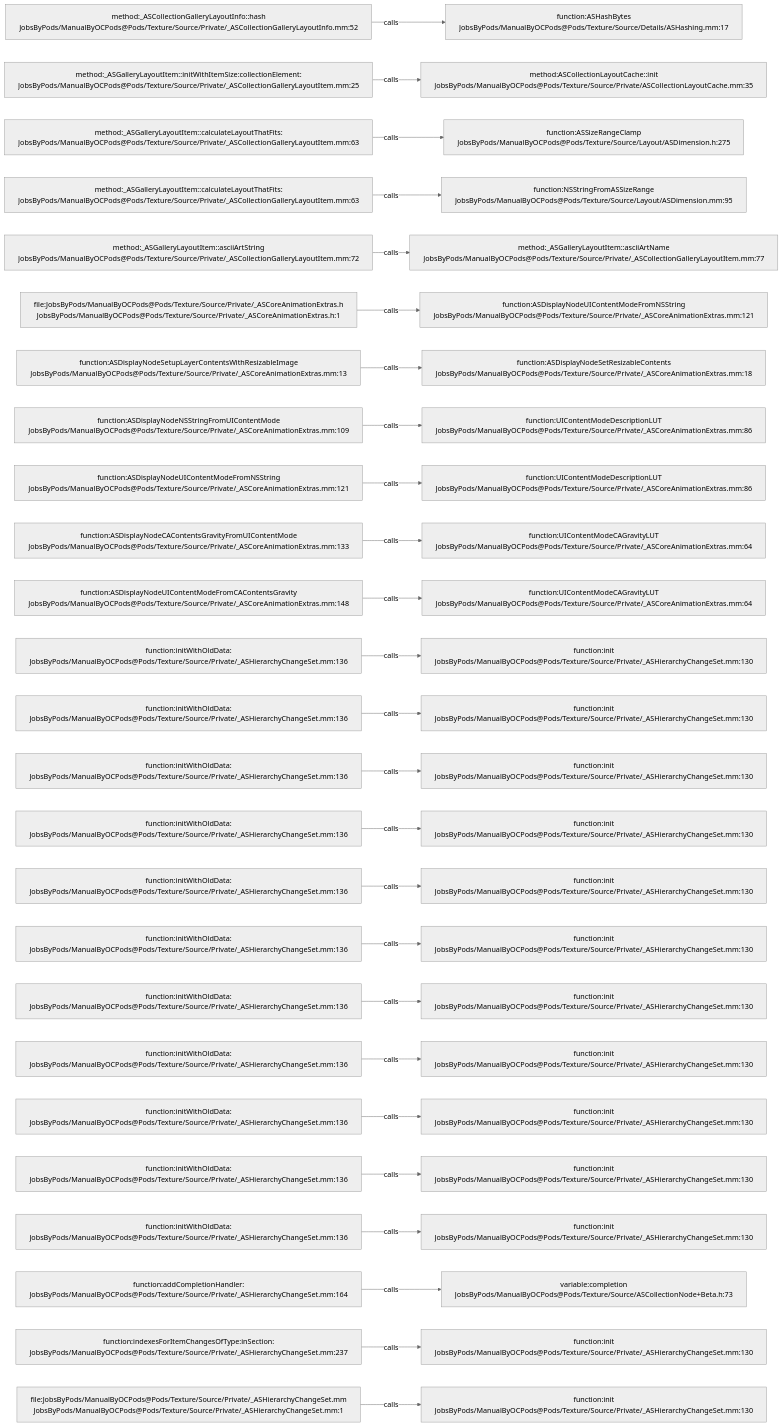
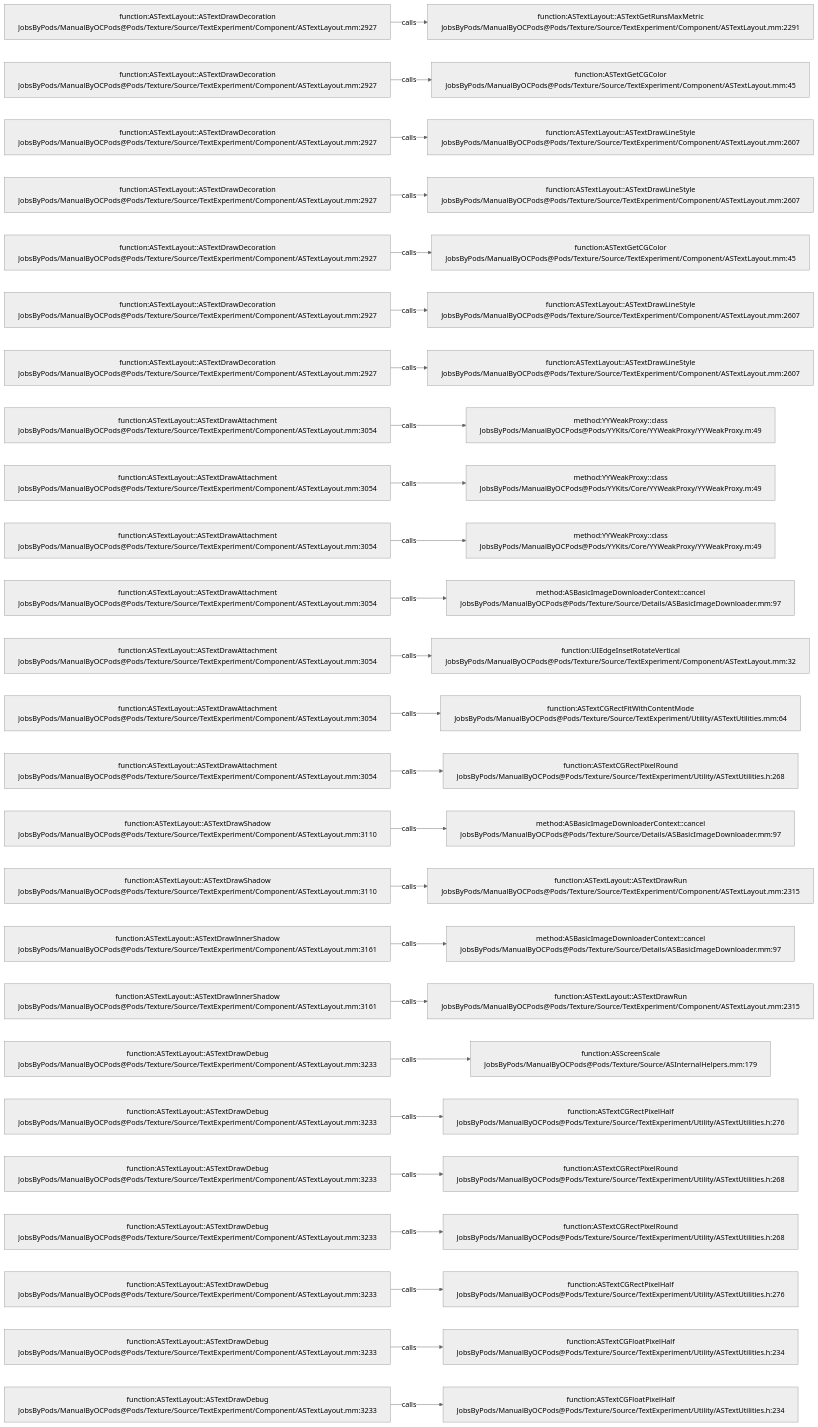
The diagram in .codegraph/codegraph.md/graphs/calls-189.md (JobsKits/JobsOCBaseConfigDemo), drawn with Mermaid (neutral theme) before and after one commit. The commit also changed 2723 other files, not shown here.

````diff
--- a/.codegraph/codegraph.md/graphs/calls-189.md
+++ b/.codegraph/codegraph.md/graphs/calls-189.md
@@ -13,78 +13,78 @@
 ```mermaid
 flowchart LR
-  S1["method:_ASCollectionGalleryLayoutInfo::hash<br/>JobsByPods/ManualByOCPods@Pods/Texture/Source/Private/_ASCollectionGalleryLayoutInfo.mm:52"]
-  T1["function:ASHashBytes<br/>JobsByPods/ManualByOCPods@Pods/Texture/Source/Details/ASHashing.mm:17"]
+  S1["function:ASTextLayout::ASTextDrawDecoration<br/>JobsByPods/ManualByOCPods@Pods/Texture/Source/TextExperiment/Component/ASTextLayout.mm:2927"]
+  T1["function:ASTextLayout::ASTextGetRunsMaxMetric<br/>JobsByPods/ManualByOCPods@Pods/Texture/Source/TextExperiment/Component/ASTextLayout.mm:2291"]
   S1 -->|calls| T1
-  S2["method:_ASGalleryLayoutItem::initWithItemSize:collectionElement:<br/>JobsByPods/ManualByOCPods@Pods/Texture/Source/Private/_ASCollectionGalleryLayoutItem.mm:25"]
-  T2["method:ASCollectionLayoutCache::init<br/>JobsByPods/ManualByOCPods@Pods/Texture/Source/Private/ASCollectionLayoutCache.mm:35"]
+  S2["function:ASTextLayout::ASTextDrawDecoration<br/>JobsByPods/ManualByOCPods@Pods/Texture/Source/TextExperiment/Component/ASTextLayout.mm:2927"]
+  T2["function:ASTextGetCGColor<br/>JobsByPods/ManualByOCPods@Pods/Texture/Source/TextExperiment/Component/ASTextLayout.mm:45"]
   S2 -->|calls| T2
-  S3["method:_ASGalleryLayoutItem::calculateLayoutThatFits:<br/>JobsByPods/ManualByOCPods@Pods/Texture/Source/Private/_ASCollectionGalleryLayoutItem.mm:63"]
-  T3["function:ASSizeRangeClamp<br/>JobsByPods/ManualByOCPods@Pods/Texture/Source/Layout/ASDimension.h:275"]
+  S3["function:ASTextLayout::ASTextDrawDecoration<br/>JobsByPods/ManualByOCPods@Pods/Texture/Source/TextExperiment/Component/ASTextLayout.mm:2927"]
+  T3["function:ASTextLayout::ASTextDrawLineStyle<br/>JobsByPods/ManualByOCPods@Pods/Texture/Source/TextExperiment/Component/ASTextLayout.mm:2607"]
   S3 -->|calls| T3
-  S4["method:_ASGalleryLayoutItem::calculateLayoutThatFits:<br/>JobsByPods/ManualByOCPods@Pods/Texture/Source/Private/_ASCollectionGalleryLayoutItem.mm:63"]
-  T4["function:NSStringFromASSizeRange<br/>JobsByPods/ManualByOCPods@Pods/Texture/Source/Layout/ASDimension.mm:95"]
+  S4["function:ASTextLayout::ASTextDrawDecoration<br/>JobsByPods/ManualByOCPods@Pods/Texture/Source/TextExperiment/Component/ASTextLayout.mm:2927"]
+  T4["function:ASTextLayout::ASTextDrawLineStyle<br/>JobsByPods/ManualByOCPods@Pods/Texture/Source/TextExperiment/Component/ASTextLayout.mm:2607"]
   S4 -->|calls| T4
-  S5["method:_ASGalleryLayoutItem::asciiArtString<br/>JobsByPods/ManualByOCPods@Pods/Texture/Source/Private/_ASCollectionGalleryLayoutItem.mm:72"]
-  T5["method:_ASGalleryLayoutItem::asciiArtName<br/>JobsByPods/ManualByOCPods@Pods/Texture/Source/Private/_ASCollectionGalleryLayoutItem.mm:77"]
+  S5["function:ASTextLayout::ASTextDrawDecoration<br/>JobsByPods/ManualByOCPods@Pods/Texture/Source/TextExperiment/Component/ASTextLayout.mm:2927"]
+  T5["function:ASTextGetCGColor<br/>JobsByPods/ManualByOCPods@Pods/Texture/Source/TextExperiment/Component/ASTextLayout.mm:45"]
   S5 -->|calls| T5
-  S6["file:JobsByPods/ManualByOCPods@Pods/Texture/Source/Private/_ASCoreAnimationExtras.h<br/>JobsByPods/ManualByOCPods@Pods/Texture/Source/Private/_ASCoreAnimationExtras.h:1"]
-  T6["function:ASDisplayNodeUIContentModeFromNSString<br/>JobsByPods/ManualByOCPods@Pods/Texture/Source/Private/_ASCoreAnimationExtras.mm:121"]
+  S6["function:ASTextLayout::ASTextDrawDecoration<br/>JobsByPods/ManualByOCPods@Pods/Texture/Source/TextExperiment/Component/ASTextLayout.mm:2927"]
+  T6["function:ASTextLayout::ASTextDrawLineStyle<br/>JobsByPods/ManualByOCPods@Pods/Texture/Source/TextExperiment/Component/ASTextLayout.mm:2607"]
   S6 -->|calls| T6
-  S7["function:ASDisplayNodeSetupLayerContentsWithResizableImage<br/>JobsByPods/ManualByOCPods@Pods/Texture/Source/Private/_ASCoreAnimationExtras.mm:13"]
-  T7["function:ASDisplayNodeSetResizableContents<br/>JobsByPods/ManualByOCPods@Pods/Texture/Source/Private/_ASCoreAnimationExtras.mm:18"]
+  S7["function:ASTextLayout::ASTextDrawDecoration<br/>JobsByPods/ManualByOCPods@Pods/Texture/Source/TextExperiment/Component/ASTextLayout.mm:2927"]
+  T7["function:ASTextLayout::ASTextDrawLineStyle<br/>JobsByPods/ManualByOCPods@Pods/Texture/Source/TextExperiment/Component/ASTextLayout.mm:2607"]
   S7 -->|calls| T7
-  S8["function:ASDisplayNodeNSStringFromUIContentMode<br/>JobsByPods/ManualByOCPods@Pods/Texture/Source/Private/_ASCoreAnimationExtras.mm:109"]
-  T8["function:UIContentModeDescriptionLUT<br/>JobsByPods/ManualByOCPods@Pods/Texture/Source/Private/_ASCoreAnimationExtras.mm:86"]
+  S8["function:ASTextLayout::ASTextDrawAttachment<br/>JobsByPods/ManualByOCPods@Pods/Texture/Source/TextExperiment/Component/ASTextLayout.mm:3054"]
+  T8["method:YYWeakProxy::class<br/>JobsByPods/ManualByOCPods@Pods/YYKits/Core/YYWeakProxy/YYWeakProxy.m:49"]
   S8 -->|calls| T8
-  S9["function:ASDisplayNodeUIContentModeFromNSString<br/>JobsByPods/ManualByOCPods@Pods/Texture/Source/Private/_ASCoreAnimationExtras.mm:121"]
-  T9["function:UIContentModeDescriptionLUT<br/>JobsByPods/ManualByOCPods@Pods/Texture/Source/Private/_ASCoreAnimationExtras.mm:86"]
+  S9["function:ASTextLayout::ASTextDrawAttachment<br/>JobsByPods/ManualByOCPods@Pods/Texture/Source/TextExperiment/Component/ASTextLayout.mm:3054"]
+  T9["method:YYWeakProxy::class<br/>JobsByPods/ManualByOCPods@Pods/YYKits/Core/YYWeakProxy/YYWeakProxy.m:49"]
   S9 -->|calls| T9
-  S10["function:ASDisplayNodeCAContentsGravityFromUIContentMode<br/>JobsByPods/ManualByOCPods@Pods/Texture/Source/Private/_ASCoreAnimationExtras.mm:133"]
-  T10["function:UIContentModeCAGravityLUT<br/>JobsByPods/ManualByOCPods@Pods/Texture/Source/Private/_ASCoreAnimationExtras.mm:64"]
+  S10["function:ASTextLayout::ASTextDrawAttachment<br/>JobsByPods/ManualByOCPods@Pods/Texture/Source/TextExperiment/Component/ASTextLayout.mm:3054"]
+  T10["method:YYWeakProxy::class<br/>JobsByPods/ManualByOCPods@Pods/YYKits/Core/YYWeakProxy/YYWeakProxy.m:49"]
   S10 -->|calls| T10
-  S11["function:ASDisplayNodeUIContentModeFromCAContentsGravity<br/>JobsByPods/ManualByOCPods@Pods/Texture/Source/Private/_ASCoreAnimationExtras.mm:148"]
-  T11["function:UIContentModeCAGravityLUT<br/>JobsByPods/ManualByOCPods@Pods/Texture/Source/Private/_ASCoreAnimationExtras.mm:64"]
+  S11["function:ASTextLayout::ASTextDrawAttachment<br/>JobsByPods/ManualByOCPods@Pods/Texture/Source/TextExperiment/Component/ASTextLayout.mm:3054"]
+  T11["method:ASBasicImageDownloaderContext::cancel<br/>JobsByPods/ManualByOCPods@Pods/Texture/Source/Details/ASBasicImageDownloader.mm:97"]
   S11 -->|calls| T11
-  S12["function:initWithOldData:<br/>JobsByPods/ManualByOCPods@Pods/Texture/Source/Private/_ASHierarchyChangeSet.mm:136"]
-  T12["function:init<br/>JobsByPods/ManualByOCPods@Pods/Texture/Source/Private/_ASHierarchyChangeSet.mm:130"]
+  S12["function:ASTextLayout::ASTextDrawAttachment<br/>JobsByPods/ManualByOCPods@Pods/Texture/Source/TextExperiment/Component/ASTextLayout.mm:3054"]
+  T12["function:UIEdgeInsetRotateVertical<br/>JobsByPods/ManualByOCPods@Pods/Texture/Source/TextExperiment/Component/ASTextLayout.mm:32"]
   S12 -->|calls| T12
-  S13["function:initWithOldData:<br/>JobsByPods/ManualByOCPods@Pods/Texture/Source/Private/_ASHierarchyChangeSet.mm:136"]
-  T13["function:init<br/>JobsByPods/ManualByOCPods@Pods/Texture/Source/Private/_ASHierarchyChangeSet.mm:130"]
+  S13["function:ASTextLayout::ASTextDrawAttachment<br/>JobsByPods/ManualByOCPods@Pods/Texture/Source/TextExperiment/Component/ASTextLayout.mm:3054"]
+  T13["function:ASTextCGRectFitWithContentMode<br/>JobsByPods/ManualByOCPods@Pods/Texture/Source/TextExperiment/Utility/ASTextUtilities.mm:64"]
   S13 -->|calls| T13
-  S14["function:initWithOldData:<br/>JobsByPods/ManualByOCPods@Pods/Texture/Source/Private/_ASHierarchyChangeSet.mm:136"]
-  T14["function:init<br/>JobsByPods/ManualByOCPods@Pods/Texture/Source/Private/_ASHierarchyChangeSet.mm:130"]
+  S14["function:ASTextLayout::ASTextDrawAttachment<br/>JobsByPods/ManualByOCPods@Pods/Texture/Source/TextExperiment/Component/ASTextLayout.mm:3054"]
+  T14["function:ASTextCGRectPixelRound<br/>JobsByPods/ManualByOCPods@Pods/Texture/Source/TextExperiment/Utility/ASTextUtilities.h:268"]
   S14 -->|calls| T14
-  S15["function:initWithOldData:<br/>JobsByPods/ManualByOCPods@Pods/Texture/Source/Private/_ASHierarchyChangeSet.mm:136"]
-  T15["function:init<br/>JobsByPods/ManualByOCPods@Pods/Texture/Source/Private/_ASHierarchyChangeSet.mm:130"]
+  S15["function:ASTextLayout::ASTextDrawShadow<br/>JobsByPods/ManualByOCPods@Pods/Texture/Source/TextExperiment/Component/ASTextLayout.mm:3110"]
+  T15["method:ASBasicImageDownloaderContext::cancel<br/>JobsByPods/ManualByOCPods@Pods/Texture/Source/Details/ASBasicImageDownloader.mm:97"]
   S15 -->|calls| T15
-  S16["function:initWithOldData:<br/>JobsByPods/ManualByOCPods@Pods/Texture/Source/Private/_ASHierarchyChangeSet.mm:136"]
-  T16["function:init<br/>JobsByPods/ManualByOCPods@Pods/Texture/Source/Private/_ASHierarchyChangeSet.mm:130"]
+  S16["function:ASTextLayout::ASTextDrawShadow<br/>JobsByPods/ManualByOCPods@Pods/Texture/Source/TextExperiment/Component/ASTextLayout.mm:3110"]
+  T16["function:ASTextLayout::ASTextDrawRun<br/>JobsByPods/ManualByOCPods@Pods/Texture/Source/TextExperiment/Component/ASTextLayout.mm:2315"]
   S16 -->|calls| T16
-  S17["function:initWithOldData:<br/>JobsByPods/ManualByOCPods@Pods/Texture/Source/Private/_ASHierarchyChangeSet.mm:136"]
-  T17["function:init<br/>JobsByPods/ManualByOCPods@Pods/Texture/Source/Private/_ASHierarchyChangeSet.mm:130"]
+  S17["function:ASTextLayout::ASTextDrawInnerShadow<br/>JobsByPods/ManualByOCPods@Pods/Texture/Source/TextExperiment/Component/ASTextLayout.mm:3161"]
+  T17["method:ASBasicImageDownloaderContext::cancel<br/>JobsByPods/ManualByOCPods@Pods/Texture/Source/Details/ASBasicImageDownloader.mm:97"]
   S17 -->|calls| T17
-  S18["function:initWithOldData:<br/>JobsByPods/ManualByOCPods@Pods/Texture/Source/Private/_ASHierarchyChangeSet.mm:136"]
-  T18["function:init<br/>JobsByPods/ManualByOCPods@Pods/Texture/Source/Private/_ASHierarchyChangeSet.mm:130"]
+  S18["function:ASTextLayout::ASTextDrawInnerShadow<br/>JobsByPods/ManualByOCPods@Pods/Texture/Source/TextExperiment/Component/ASTextLayout.mm:3161"]
+  T18["function:ASTextLayout::ASTextDrawRun<br/>JobsByPods/ManualByOCPods@Pods/Texture/Source/TextExperiment/Component/ASTextLayout.mm:2315"]
   S18 -->|calls| T18
-  S19["function:initWithOldData:<br/>JobsByPods/ManualByOCPods@Pods/Texture/Source/Private/_ASHierarchyChangeSet.mm:136"]
-  T19["function:init<br/>JobsByPods/ManualByOCPods@Pods/Texture/Source/Private/_ASHierarchyChangeSet.mm:130"]
+  S19["function:ASTextLayout::ASTextDrawDebug<br/>JobsByPods/ManualByOCPods@Pods/Texture/Source/TextExperiment/Component/ASTextLayout.mm:3233"]
+  T19["function:ASScreenScale<br/>JobsByPods/ManualByOCPods@Pods/Texture/Source/ASInternalHelpers.mm:179"]
   S19 -->|calls| T19
-  S20["function:initWithOldData:<br/>JobsByPods/ManualByOCPods@Pods/Texture/Source/Private/_ASHierarchyChangeSet.mm:136"]
-  T20["function:init<br/>JobsByPods/ManualByOCPods@Pods/Texture/Source/Private/_ASHierarchyChangeSet.mm:130"]
+  S20["function:ASTextLayout::ASTextDrawDebug<br/>JobsByPods/ManualByOCPods@Pods/Texture/Source/TextExperiment/Component/ASTextLayout.mm:3233"]
+  T20["function:ASTextCGRectPixelHalf<br/>JobsByPods/ManualByOCPods@Pods/Texture/Source/TextExperiment/Utility/ASTextUtilities.h:276"]
   S20 -->|calls| T20
-  S21["function:initWithOldData:<br/>JobsByPods/ManualByOCPods@Pods/Texture/Source/Private/_ASHierarchyChangeSet.mm:136"]
-  T21["function:init<br/>JobsByPods/ManualByOCPods@Pods/Texture/Source/Private/_ASHierarchyChangeSet.mm:130"]
+  S21["function:ASTextLayout::ASTextDrawDebug<br/>JobsByPods/ManualByOCPods@Pods/Texture/Source/TextExperiment/Component/ASTextLayout.mm:3233"]
+  T21["function:ASTextCGRectPixelRound<br/>JobsByPods/ManualByOCPods@Pods/Texture/Source/TextExperiment/Utility/ASTextUtilities.h:268"]
   S21 -->|calls| T21
-  S22["function:initWithOldData:<br/>JobsByPods/ManualByOCPods@Pods/Texture/Source/Private/_ASHierarchyChangeSet.mm:136"]
-  T22["function:init<br/>JobsByPods/ManualByOCPods@Pods/Texture/Source/Private/_ASHierarchyChangeSet.mm:130"]
+  S22["function:ASTextLayout::ASTextDrawDebug<br/>JobsByPods/ManualByOCPods@Pods/Texture/Source/TextExperiment/Component/ASTextLayout.mm:3233"]
+  T22["function:ASTextCGRectPixelRound<br/>JobsByPods/ManualByOCPods@Pods/Texture/Source/TextExperiment/Utility/ASTextUtilities.h:268"]
   S22 -->|calls| T22
-  S23["function:addCompletionHandler:<br/>JobsByPods/ManualByOCPods@Pods/Texture/Source/Private/_ASHierarchyChangeSet.mm:164"]
-  T23["variable:completion<br/>JobsByPods/ManualByOCPods@Pods/Texture/Source/ASCollectionNode+Beta.h:73"]
+  S23["function:ASTextLayout::ASTextDrawDebug<br/>JobsByPods/ManualByOCPods@Pods/Texture/Source/TextExperiment/Component/ASTextLayout.mm:3233"]
+  T23["function:ASTextCGRectPixelHalf<br/>JobsByPods/ManualByOCPods@Pods/Texture/Source/TextExperiment/Utility/ASTextUtilities.h:276"]
   S23 -->|calls| T23
-  S24["function:indexesForItemChangesOfType:inSection:<br/>JobsByPods/ManualByOCPods@Pods/Texture/Source/Private/_ASHierarchyChangeSet.mm:237"]
-  T24["function:init<br/>JobsByPods/ManualByOCPods@Pods/Texture/Source/Private/_ASHierarchyChangeSet.mm:130"]
+  S24["function:ASTextLayout::ASTextDrawDebug<br/>JobsByPods/ManualByOCPods@Pods/Texture/Source/TextExperiment/Component/ASTextLayout.mm:3233"]
+  T24["function:ASTextCGFloatPixelHalf<br/>JobsByPods/ManualByOCPods@Pods/Texture/Source/TextExperiment/Utility/ASTextUtilities.h:234"]
   S24 -->|calls| T24
-  S25["file:JobsByPods/ManualByOCPods@Pods/Texture/Source/Private/_ASHierarchyChangeSet.mm<br/>JobsByPods/ManualByOCPods@Pods/Texture/Source/Private/_ASHierarchyChangeSet.mm:1"]
-  T25["function:init<br/>JobsByPods/ManualByOCPods@Pods/Texture/Source/Private/_ASHierarchyChangeSet.mm:130"]
+  S25["function:ASTextLayout::ASTextDrawDebug<br/>JobsByPods/ManualByOCPods@Pods/Texture/Source/TextExperiment/Component/ASTextLayout.mm:3233"]
+  T25["function:ASTextCGFloatPixelHalf<br/>JobsByPods/ManualByOCPods@Pods/Texture/Source/TextExperiment/Utility/ASTextUtilities.h:234"]
   S25 -->|calls| T25
 ```
````
